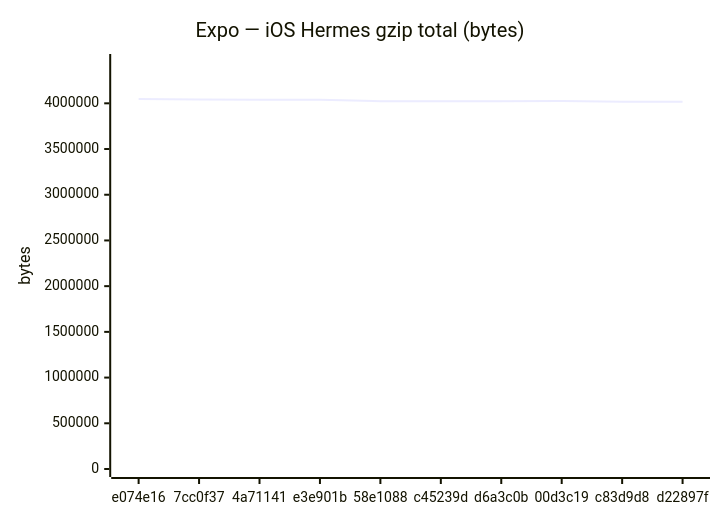
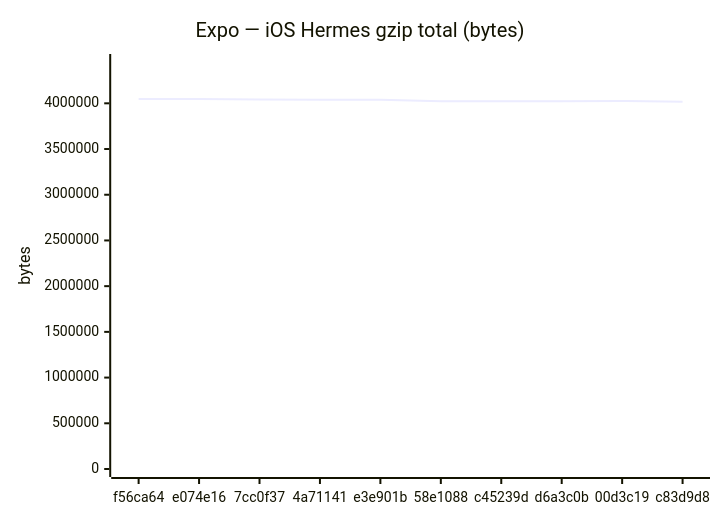
One commit to Metaheurist/Rianell changed the sixth of 18 diagrams in benchmarks/compare.md. Above: the diagram before and after it, drawn with Mermaid. The commit also changed other lines of this file and 11 other files, not shown here.

````diff
--- a/benchmarks/compare.md
+++ b/benchmarks/compare.md
@@ -96,7 +96,7 @@
 ```mermaid
 xychart-beta
     title "Expo — iOS Hermes gzip total (bytes)"
-    x-axis ["e074e16", "7cc0f37", "4a71141", "e3e901b", "58e1088", "c45239d", "d6a3c0b", "00d3c19", "c83d9d8", "d22897f"]
+    x-axis ["f56ca64", "e074e16", "7cc0f37", "4a71141", "e3e901b", "58e1088", "c45239d", "d6a3c0b", "00d3c19", "c83d9d8"]
     y-axis "bytes" 0 --> 4451958
-    line [4047234, 4042958, 4039809, 4039179, 4023650, 4023650, 4023645, 4024761, 4017281, 4017565]
+    line [4047233, 4047234, 4042958, 4039809, 4039179, 4023650, 4023650, 4023645, 4024761, 4017281]
 ```
````
